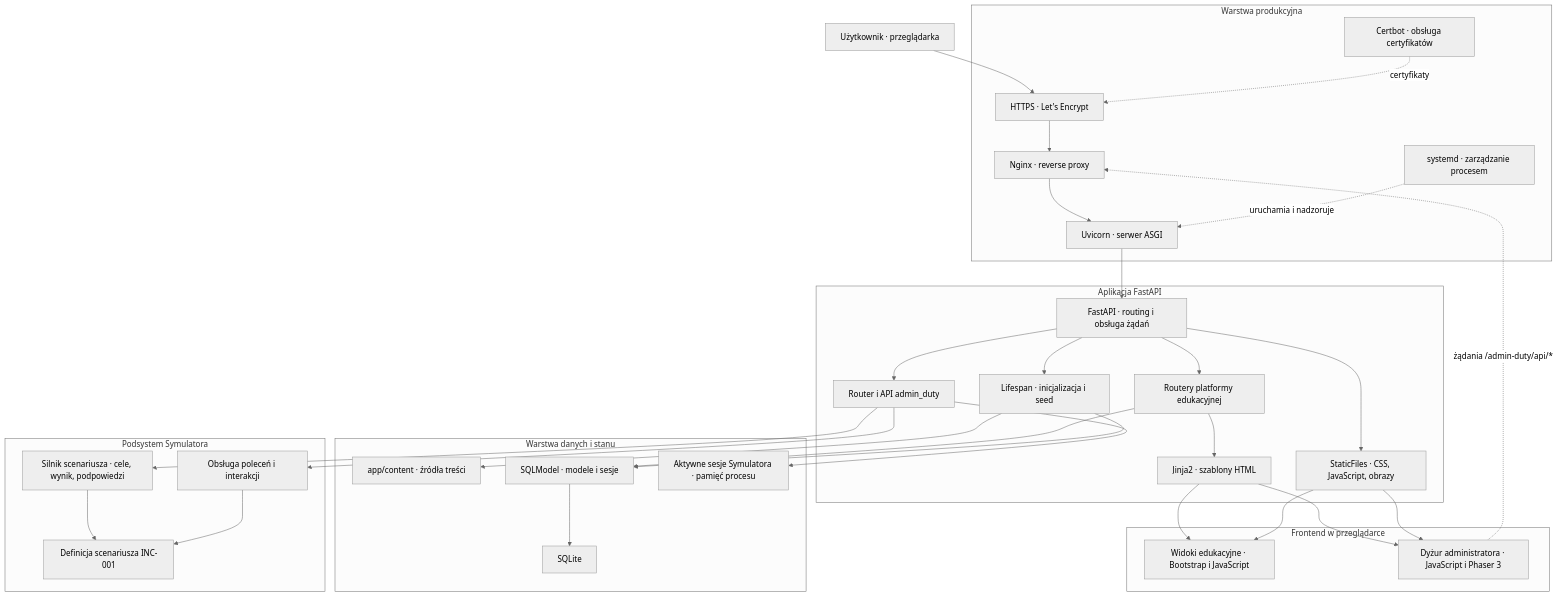
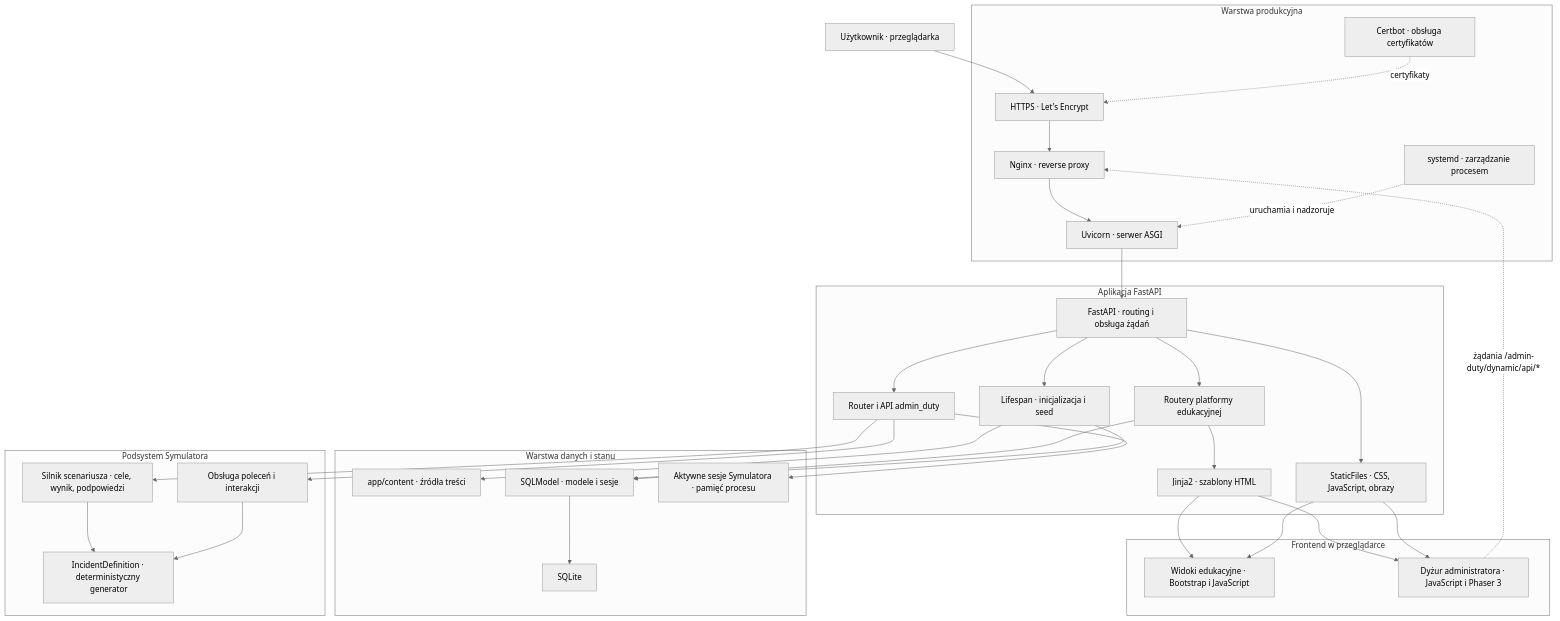
The diagram in docs/architecture.md (Kamil0171/shellforge), drawn with Mermaid (neutral theme) before and after one commit. The commit also changed other lines of this file and 68 other files, not shown here.

````diff
--- a/docs/architecture.md
+++ b/docs/architecture.md
@@ -15,66 +11,66 @@
 ```mermaid
 flowchart TB
     user["Użytkownik · przeglądarka"]
 
     subgraph production["Warstwa produkcyjna"]
         https["HTTPS · Let's Encrypt"]
         nginx["Nginx · reverse proxy"]
         uvicorn["Uvicorn · serwer ASGI"]
         systemd["systemd · zarządzanie procesem"]
         certbot["Certbot · obsługa certyfikatów"]
     end
 
     subgraph application["Aplikacja FastAPI"]
         fastapi["FastAPI · routing i obsługa żądań"]
         learning["Routery platformy edukacyjnej"]
         simulator["Router i API admin_duty"]
         templates["Jinja2 · szablony HTML"]
         static["StaticFiles · CSS, JavaScript, obrazy"]
         lifecycle["Lifespan · inicjalizacja i seed"]
     end
 
     subgraph data["Warstwa danych i stanu"]
         content["app/content · źródła treści"]
         sqlmodel["SQLModel · modele i sesje"]
         sqlite["SQLite"]
         sessions["Aktywne sesje Symulatora · pamięć procesu"]
     end
 
     subgraph simulator_core["Podsystem Symulatora"]
-        scenario["Definicja scenariusza INC-001"]
+        scenario["IncidentDefinition · deterministyczny generator"]
         engine["Silnik scenariusza · cele, wynik, podpowiedzi"]
         commands["Obsługa poleceń i interakcji"]
     end
 
     subgraph frontend["Frontend w przeglądarce"]
         learning_ui["Widoki edukacyjne · Bootstrap i JavaScript"]
         simulator_ui["Dyżur administratora · JavaScript i Phaser 3"]
     end
 
     user --> https --> nginx --> uvicorn --> fastapi
     systemd -.->|uruchamia i nadzoruje| uvicorn
     certbot -.->|certyfikaty| https
 
     fastapi --> learning
     fastapi --> simulator
     fastapi --> static
     fastapi --> lifecycle
 
     learning --> templates
     learning --> sqlmodel
     lifecycle --> content
     lifecycle --> sqlmodel
     sqlmodel --> sqlite
 
     simulator --> sessions
     simulator --> engine
     simulator --> commands
     engine --> scenario
     commands --> scenario
 
     templates --> learning_ui
     static --> learning_ui
     templates --> simulator_ui
     static --> simulator_ui
-    simulator_ui -.->|żądania /admin-duty/api/*| nginx
+    simulator_ui -.->|żądania /admin-duty/dynamic/api/*| nginx
 ```
````
